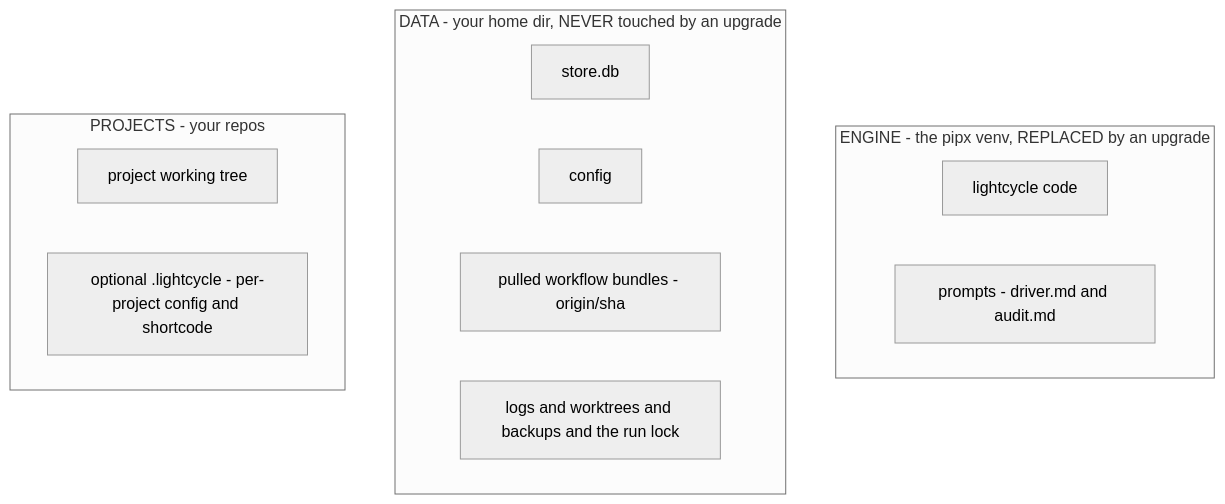
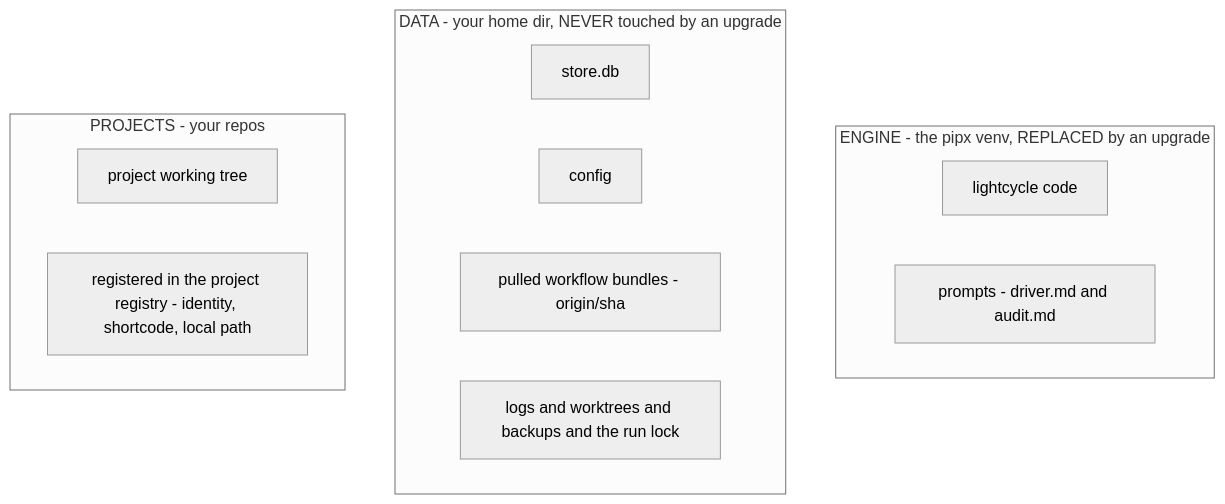
One commit to kenmclennan/lightcycle changed the diagram in docs/installation-and-config.md. Above: the diagram before and after it, drawn with Mermaid (neutral theme). The commit also changed other lines of this file and 7 other files, not shown here.

````diff
--- a/docs/installation-and-config.md
+++ b/docs/installation-and-config.md
@@ -16,17 +16,17 @@
 ```mermaid
 graph TD
   subgraph engine[ENGINE - the pipx venv, REPLACED by an upgrade]
     code[lightcycle code]
     prompts[prompts - driver.md and audit.md]
   end
   subgraph data[DATA - your home dir, NEVER touched by an upgrade]
     store[store.db]
     conf[config]
     wf[pulled workflow bundles - origin/sha]
     rest[logs and worktrees and backups and the run lock]
   end
   subgraph projects[PROJECTS - your repos]
     repo[project working tree]
-    cfg[optional .lightcycle - per-project config and shortcode]
+    reg[registered in the project registry - identity, shortcode, local path]
   end
 ```
````
